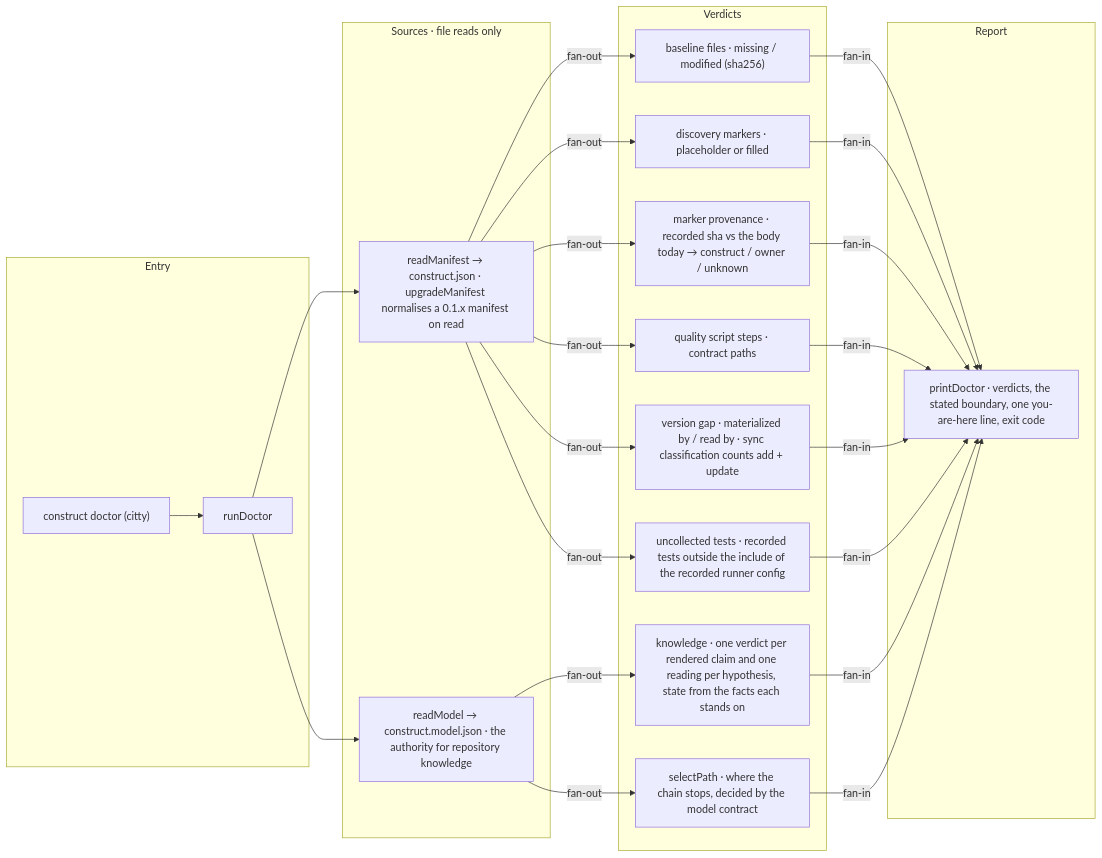
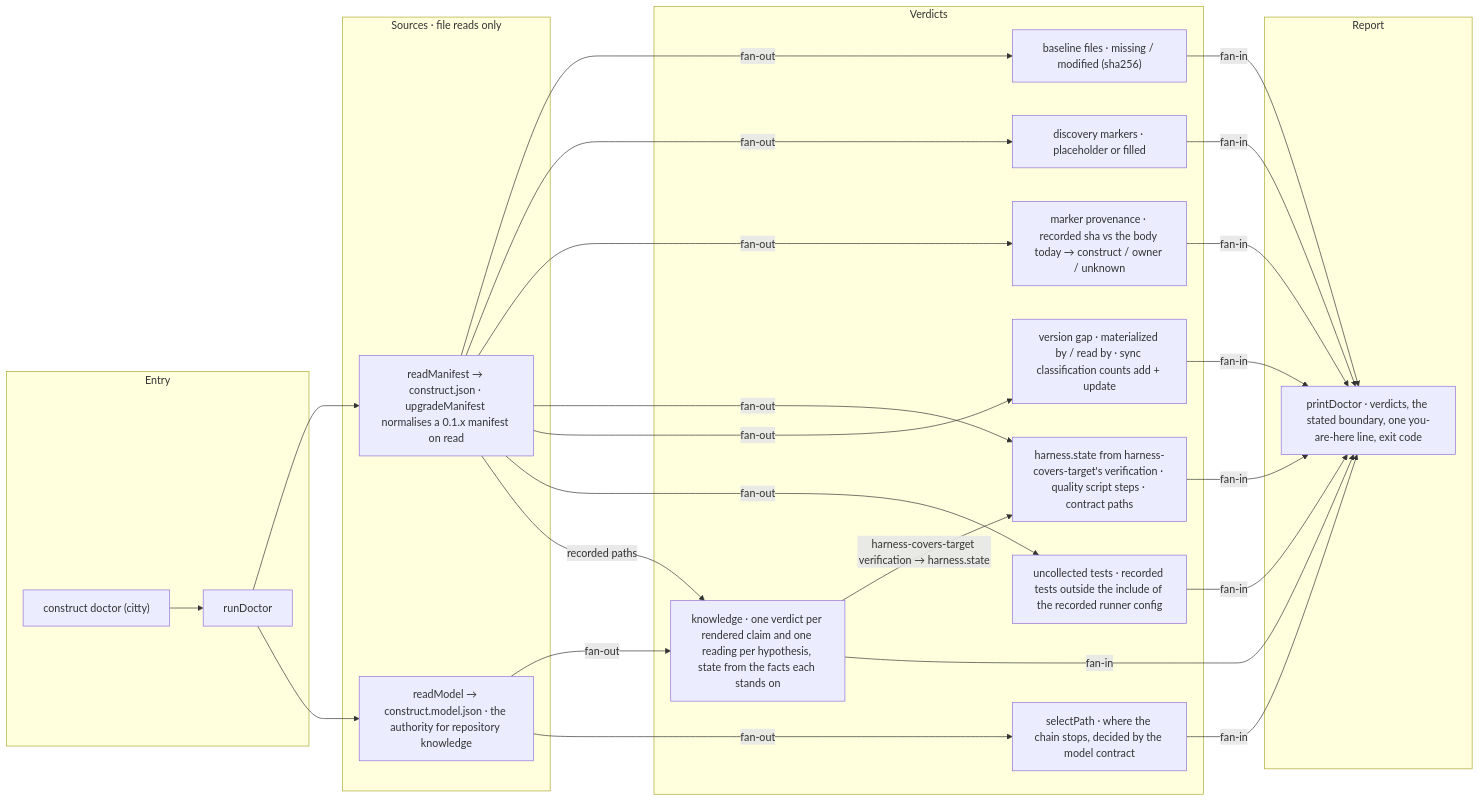
The diagram in architecture/doctor.md (E1i/mikoshi-construct), drawn with Mermaid before and after one commit. The commit also changed other lines of this file and 106 other files, not shown here.

First line of the commit message:
Honesty half of decision 0033: harness.state is checked only on observed coverage of the target's own surface (#234)

````diff
--- a/architecture/doctor.md
+++ b/architecture/doctor.md
@@ -10,43 +10,45 @@
 ```mermaid
 flowchart LR
   subgraph b_entry["Entry"]
     cli["construct doctor (citty)"]
     run["runDoctor"]
   end
   subgraph b_evidence["Sources · file reads only"]
     manifest["readManifest → construct.json · upgradeManifest normalises a 0.1.x manifest on read"]
     model["readModel → construct.model.json · the authority for repository knowledge"]
   end
   subgraph b_checks["Verdicts"]
     files["baseline files · missing / modified (sha256)"]
     markers["discovery markers · placeholder or filled"]
     provenance["marker provenance · recorded sha vs the body today → construct / owner / unknown"]
-    harness["quality script steps · contract paths"]
+    harness["harness.state from harness-covers-target's verification · quality script steps · contract paths"]
     versionGap["version gap · materialized by / read by · sync classification counts add + update"]
     uncollected["uncollected tests · recorded tests outside the include of the recorded runner config"]
     projection["knowledge · one verdict per rendered claim and one reading per hypothesis, state from the facts each stands on"]
     youAreHere["selectPath · where the chain stops, decided by the model contract"]
   end
   subgraph b_report["Report"]
     print["printDoctor · verdicts, the stated boundary, one you-are-here line, exit code"]
   end
   cli --> run
   run --> manifest
   run --> model
   manifest -->|"fan-out"| files
   manifest -->|"fan-out"| markers
   manifest -->|"fan-out"| provenance
   manifest -->|"fan-out"| harness
   manifest -->|"fan-out"| versionGap
   manifest -->|"fan-out"| uncollected
   model -->|"fan-out"| projection
+  manifest -->|"recorded paths"| projection
+  projection -->|"harness-covers-target verification → harness.state"| harness
   model -->|"fan-out"| youAreHere
   files -->|"fan-in"| print
   markers -->|"fan-in"| print
   provenance -->|"fan-in"| print
   harness -->|"fan-in"| print
   versionGap -->|"fan-in"| print
   uncollected -->|"fan-in"| print
   projection -->|"fan-in"| print
   youAreHere -->|"fan-in"| print
 ```
````
